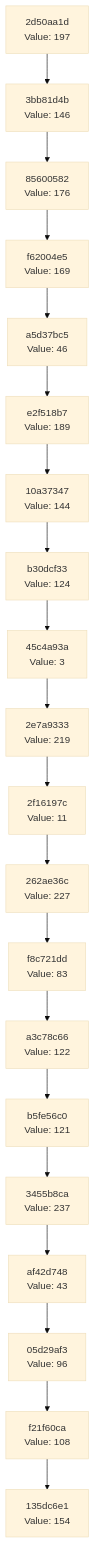
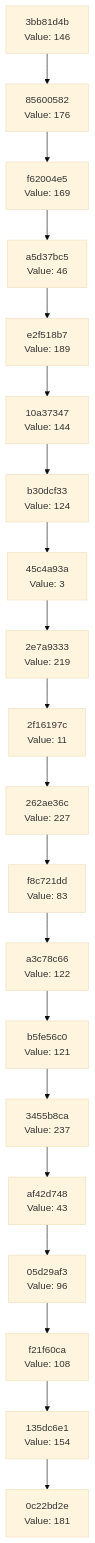
Before and after one commit to Abhisheksinha1506/hash-chain-evolver: the diagram in docs/CHAIN_VISUALIZATION.md, drawn with Mermaid (base theme). The commit also changed 2 other files, not shown here.

Commit message:
Evolution step: hash 0xB5 → action executed

````diff
--- a/docs/CHAIN_VISUALIZATION.md
+++ b/docs/CHAIN_VISUALIZATION.md
@@ -3,42 +3,42 @@
 ```mermaid
 graph TD
-    C0["135dc6e1<br/>Value: 154"]
-    C1["f21f60ca<br/>Value: 108"]
+    C0["0c22bd2e<br/>Value: 181"]
+    C1["135dc6e1<br/>Value: 154"]
     C1 --> C0
-    C2["05d29af3<br/>Value: 96"]
+    C2["f21f60ca<br/>Value: 108"]
     C2 --> C1
-    C3["af42d748<br/>Value: 43"]
+    C3["05d29af3<br/>Value: 96"]
     C3 --> C2
-    C4["3455b8ca<br/>Value: 237"]
+    C4["af42d748<br/>Value: 43"]
     C4 --> C3
-    C5["b5fe56c0<br/>Value: 121"]
+    C5["3455b8ca<br/>Value: 237"]
     C5 --> C4
-    C6["a3c78c66<br/>Value: 122"]
+    C6["b5fe56c0<br/>Value: 121"]
     C6 --> C5
-    C7["f8c721dd<br/>Value: 83"]
+    C7["a3c78c66<br/>Value: 122"]
     C7 --> C6
-    C8["262ae36c<br/>Value: 227"]
+    C8["f8c721dd<br/>Value: 83"]
     C8 --> C7
-    C9["2f16197c<br/>Value: 11"]
+    C9["262ae36c<br/>Value: 227"]
     C9 --> C8
-    C10["2e7a9333<br/>Value: 219"]
+    C10["2f16197c<br/>Value: 11"]
     C10 --> C9
-    C11["45c4a93a<br/>Value: 3"]
+    C11["2e7a9333<br/>Value: 219"]
     C11 --> C10
-    C12["b30dcf33<br/>Value: 124"]
+    C12["45c4a93a<br/>Value: 3"]
     C12 --> C11
-    C13["10a37347<br/>Value: 144"]
+    C13["b30dcf33<br/>Value: 124"]
     C13 --> C12
-    C14["e2f518b7<br/>Value: 189"]
+    C14["10a37347<br/>Value: 144"]
     C14 --> C13
-    C15["a5d37bc5<br/>Value: 46"]
+    C15["e2f518b7<br/>Value: 189"]
     C15 --> C14
-    C16["f62004e5<br/>Value: 169"]
+    C16["a5d37bc5<br/>Value: 46"]
     C16 --> C15
-    C17["85600582<br/>Value: 176"]
+    C17["f62004e5<br/>Value: 169"]
     C17 --> C16
-    C18["3bb81d4b<br/>Value: 146"]
+    C18["85600582<br/>Value: 176"]
     C18 --> C17
-    C19["2d50aa1d<br/>Value: 197"]
+    C19["3bb81d4b<br/>Value: 146"]
     C19 --> C18
 ```
````
